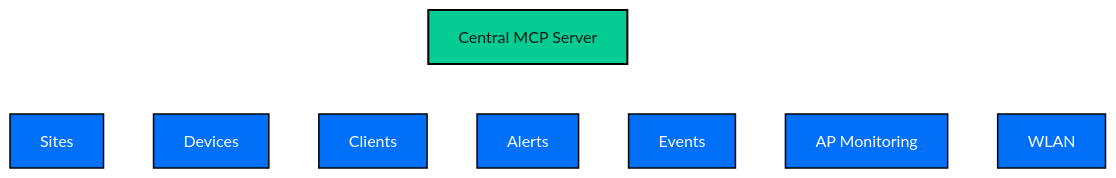
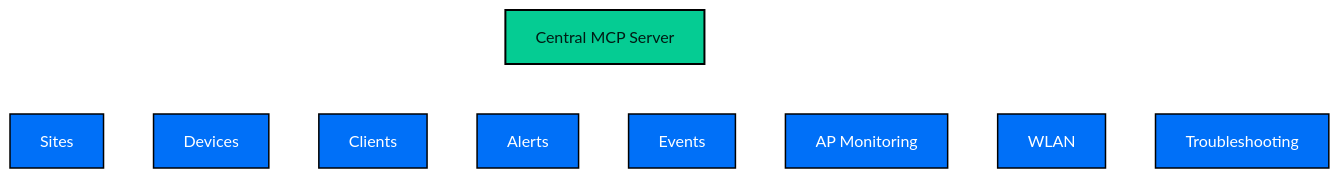
The diagram in README.md (KarthikSKumar98/central-mcp-server), drawn with Mermaid before and after one commit. The commit also changed other lines of this file and 2 other files, not shown here.

Commit message:
docs: document troubleshooting tools in README and INSTRUCTIONS

````diff
--- a/README.md
+++ b/README.md
@@ -188,19 +188,20 @@
 ```mermaid
 %%{init: {'theme':'base', 'themeVariables': {'background': '#0b0f1a'}}}%%
 graph TD
     MCP["Central MCP Server"] --> Sites["Sites"]
     MCP --> Devices["Devices"]
     MCP --> Clients["Clients"]
     MCP --> Alerts["Alerts"]
     MCP --> Events["Events"]
     MCP --> APMon["AP Monitoring"]
     MCP--> WLAN["WLAN"]
+    MCP --> Troubleshooting["Troubleshooting"]
 
     classDef mcp fill:#05cc93,color:#001b14,stroke:#000000,stroke-width:2px;
     classDef tool fill:#0070f8,color:#ffffff,stroke:#000000,stroke-width:1.5px;
 
     class MCP mcp;
-    class Sites,Devices,APMon,Clients,Alerts,Events,WLAN tool;
+    class Sites,Devices,APMon,Clients,Alerts,Events,WLAN,Troubleshooting tool;
 
     linkStyle default stroke:#ffffff,stroke-width:2px;
 ```
````
